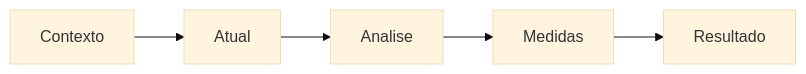
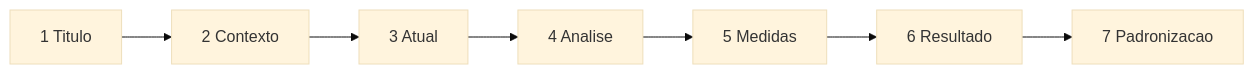
One commit to cleberhensel/logisticon-academy changed the second of 4 diagrams in aulas/trilha-melhoria-continua-e-processos/modulo-03-continuous-improvement/aula-02-kaizen-a3-backlog-priorizacao.md. Above: the diagram before and after it, drawn with Mermaid (base theme). The commit also changed other lines of this file and 122 other files, not shown here.

````diff
--- a/aulas/trilha-melhoria-continua-e-processos/modulo-03-continuous-improvement/aula-02-kaizen-a3-backlog-priorizacao.md
+++ b/aulas/trilha-melhoria-continua-e-processos/modulo-03-continuous-improvement/aula-02-kaizen-a3-backlog-priorizacao.md
@@ -58,9 +106,11 @@
 ```mermaid
 flowchart LR
-  C[Contexto]
-  A[Atual]
-  N[Analise]
-  M[Medidas]
-  R[Resultado]
-  C --> A --> N --> M --> R
+  T[1 Titulo]
+  C[2 Contexto]
+  A[3 Atual]
+  N[4 Analise]
+  M[5 Medidas]
+  R[6 Resultado]
+  P[7 Padronizacao]
+  T --> C --> A --> N --> M --> R --> P
 ```
````
